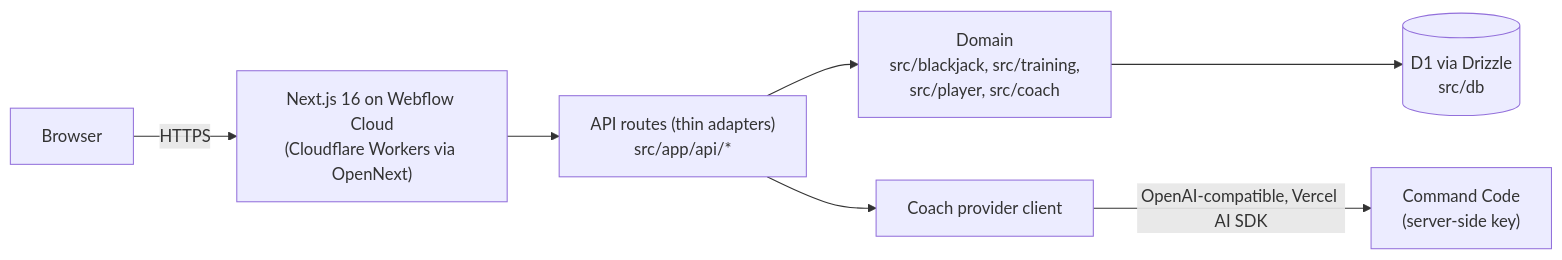
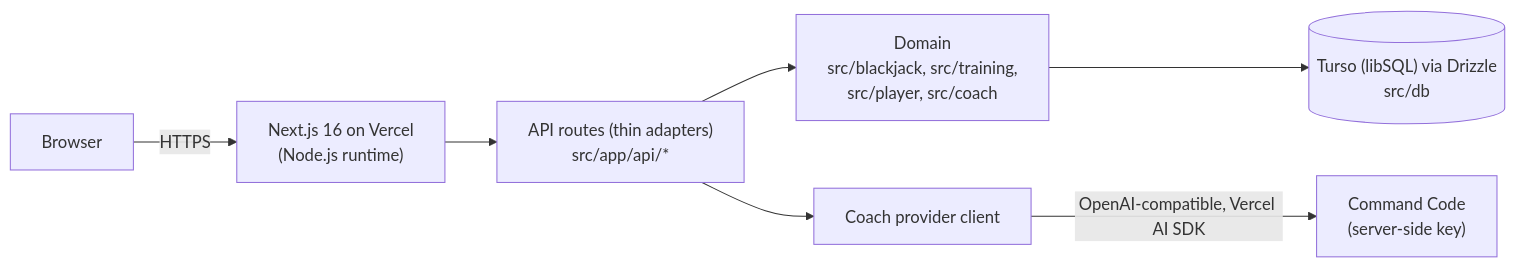
One commit to gabrielmaldonado164/webflow-nerdearla changed the diagram in README.md. Above: the diagram before and after it, drawn with Mermaid. The commit also changed other lines of this file and 2 other files, not shown here.

Commit message:
docs: document vercel and turso deployment

````diff
--- a/README.md
+++ b/README.md
@@ -60,9 +60,9 @@
 ```mermaid
 flowchart LR
-    Browser -->|HTTPS| Worker["Next.js 16 on Webflow Cloud\n(Cloudflare Workers via OpenNext)"]
+    Browser -->|HTTPS| Worker["Next.js 16 on Vercel\n(Node.js runtime)"]
     Worker --> Routes["API routes (thin adapters)\nsrc/app/api/*"]
     Routes --> Domain["Domain\nsrc/blackjack, src/training,\nsrc/player, src/coach"]
-    Domain --> DB[("D1 via Drizzle\nsrc/db")]
+    Domain --> DB[("Turso (libSQL) via Drizzle\nsrc/db")]
     Routes --> Coach["Coach provider client"]
     Coach -->|OpenAI-compatible, Vercel AI SDK| CommandCode["Command Code\n(server-side key)"]
 ```
````
